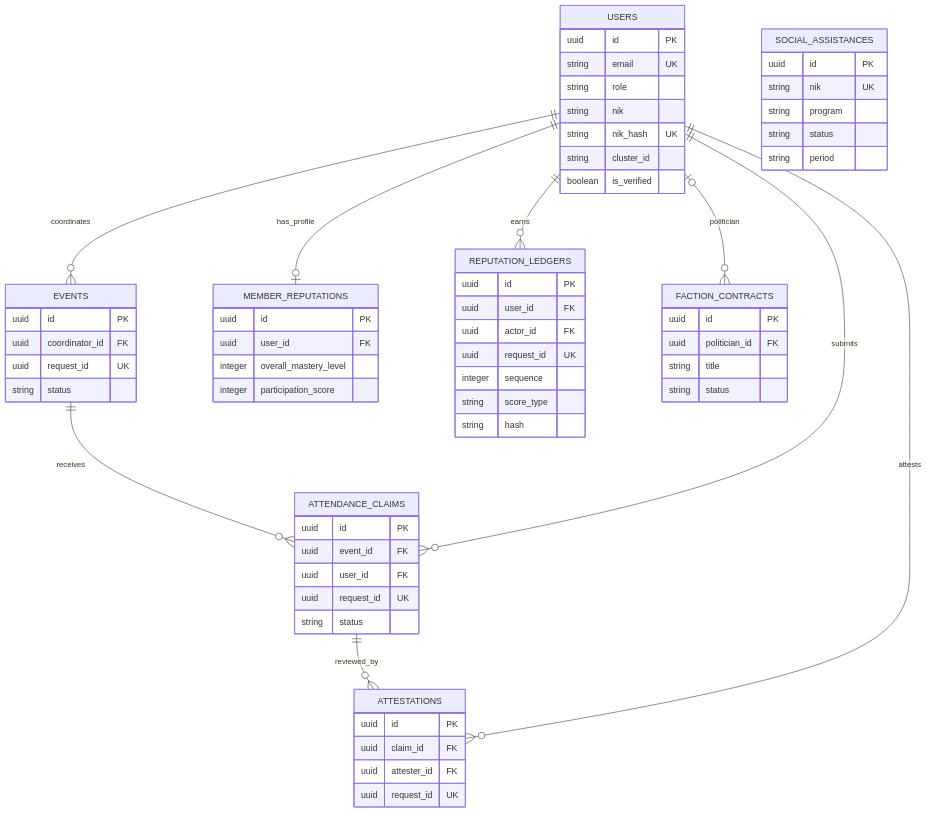
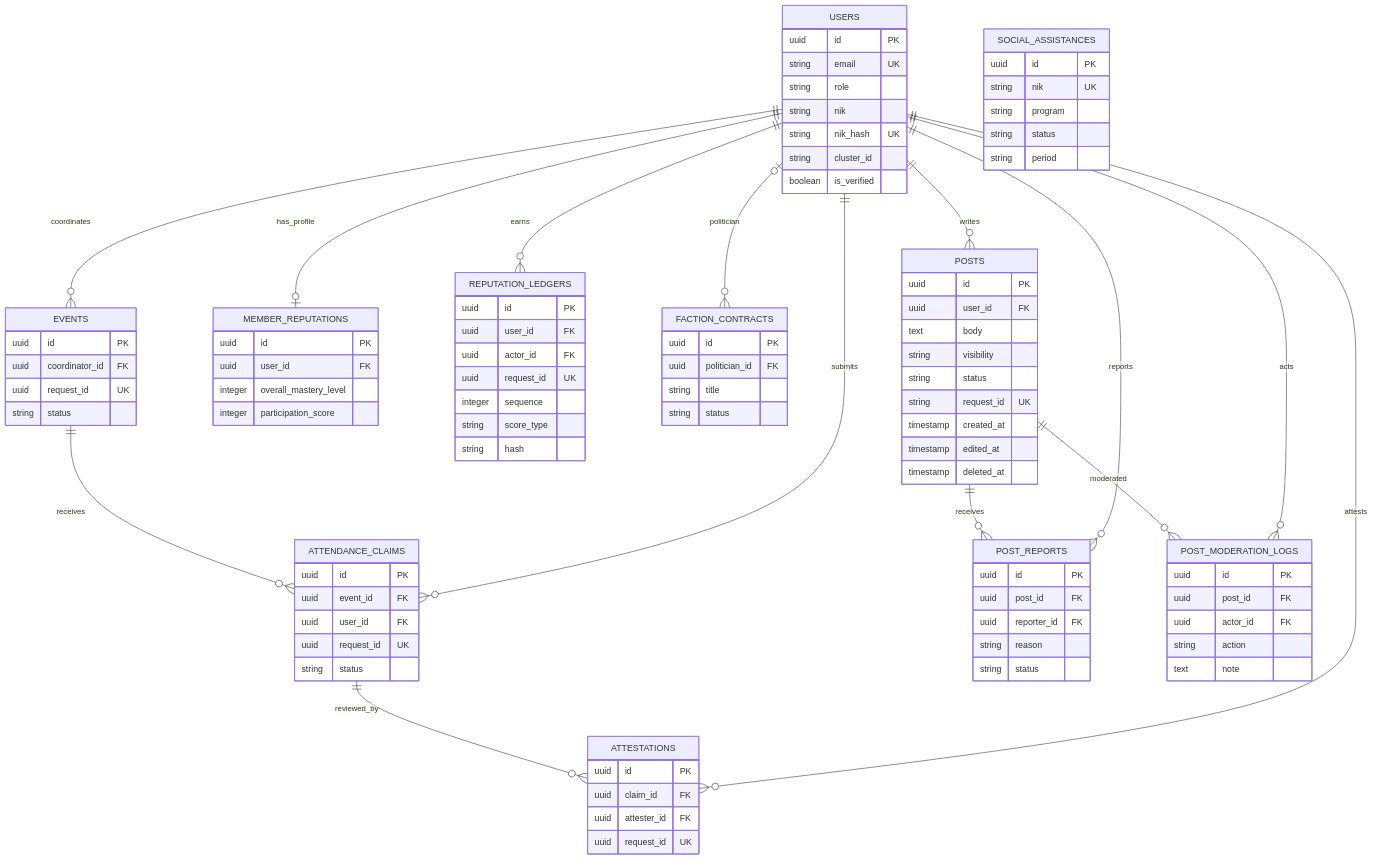
Before and after one commit to bagusgrav/partai: the fourth of 4 diagrams in docs/architecture.md, drawn with Mermaid. The commit also changed other lines of this file and 3 other files, not shown here.

````diff
--- a/docs/architecture.md
+++ b/docs/architecture.md
@@ -211,6 +212,31 @@
         string title
         string status
     }
+    POSTS {
+        uuid id PK
+        uuid user_id FK
+        text body
+        string visibility
+        string status
+        string request_id UK
+        timestamp created_at
+        timestamp edited_at
+        timestamp deleted_at
+    }
+    POST_REPORTS {
+        uuid id PK
+        uuid post_id FK
+        uuid reporter_id FK
+        string reason
+        string status
+    }
+    POST_MODERATION_LOGS {
+        uuid id PK
+        uuid post_id FK
+        uuid actor_id FK
+        string action
+        text note
+    }
     SOCIAL_ASSISTANCES {
         uuid id PK
         string nik UK
@@ -226,4 +252,9 @@
     USERS ||--o| MEMBER_REPUTATIONS : has_profile
     USERS ||--o{ REPUTATION_LEDGERS : earns
     USERS o|--o{ FACTION_CONTRACTS : politician
+    USERS ||--o{ POSTS : writes
+    POSTS ||--o{ POST_REPORTS : receives
+    USERS ||--o{ POST_REPORTS : reports
+    POSTS ||--o{ POST_MODERATION_LOGS : moderated
+    USERS ||--o{ POST_MODERATION_LOGS : acts
 ```
````
